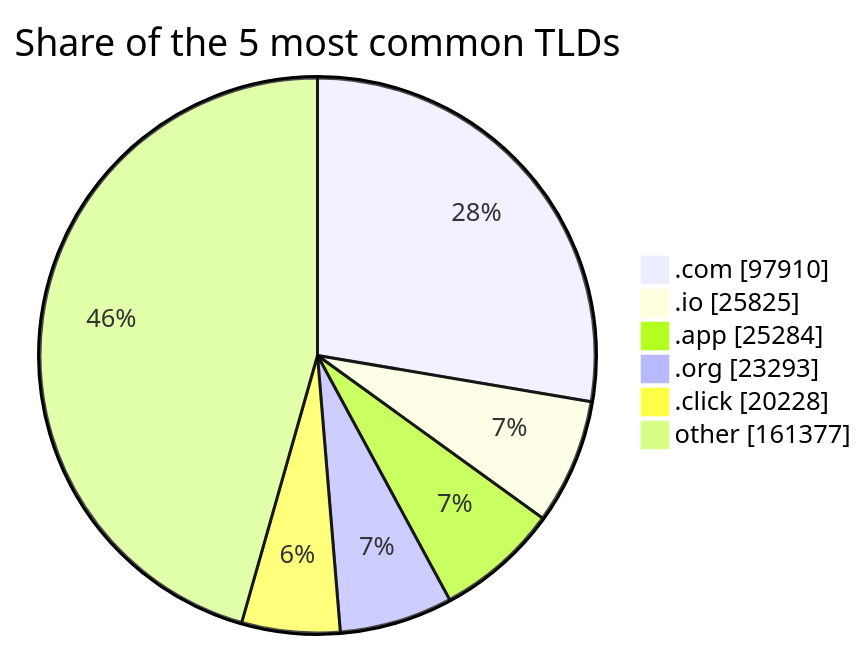
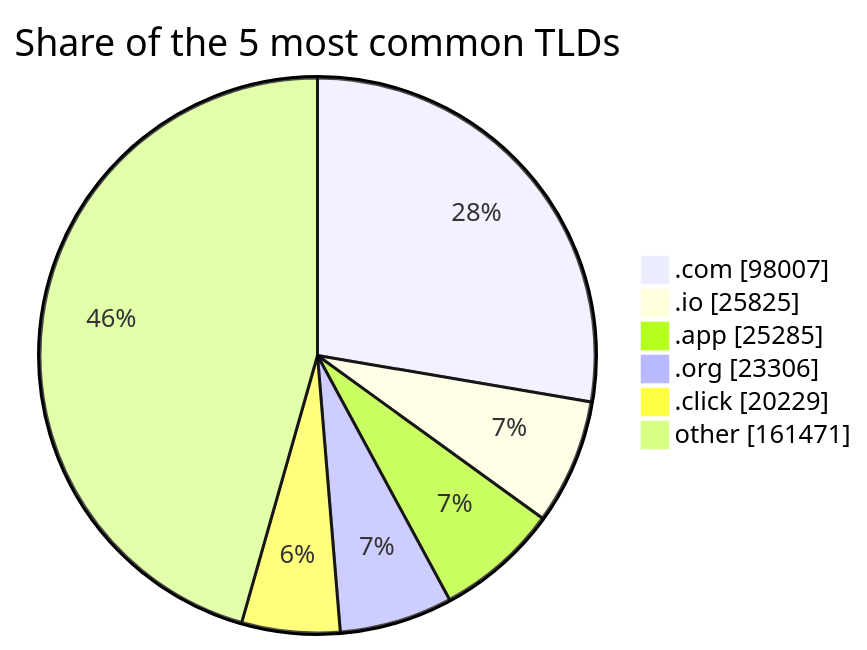
Before and after one commit to DNSBunker/CTI: the third of 3 diagrams in README.md, drawn with Mermaid. The commit also changed other lines of this file and 3 other files, not shown here.

````diff
--- a/README.md
+++ b/README.md
@@ -81,9 +81,9 @@
 ```mermaid
 pie showData title Share of the 5 most common TLDs
-    ".com" : 97910
+    ".com" : 98007
     ".io" : 25825
-    ".app" : 25284
-    ".org" : 23293
-    ".click" : 20228
-    "other" : 161377
+    ".app" : 25285
+    ".org" : 23306
+    ".click" : 20229
+    "other" : 161471
 ```
````
